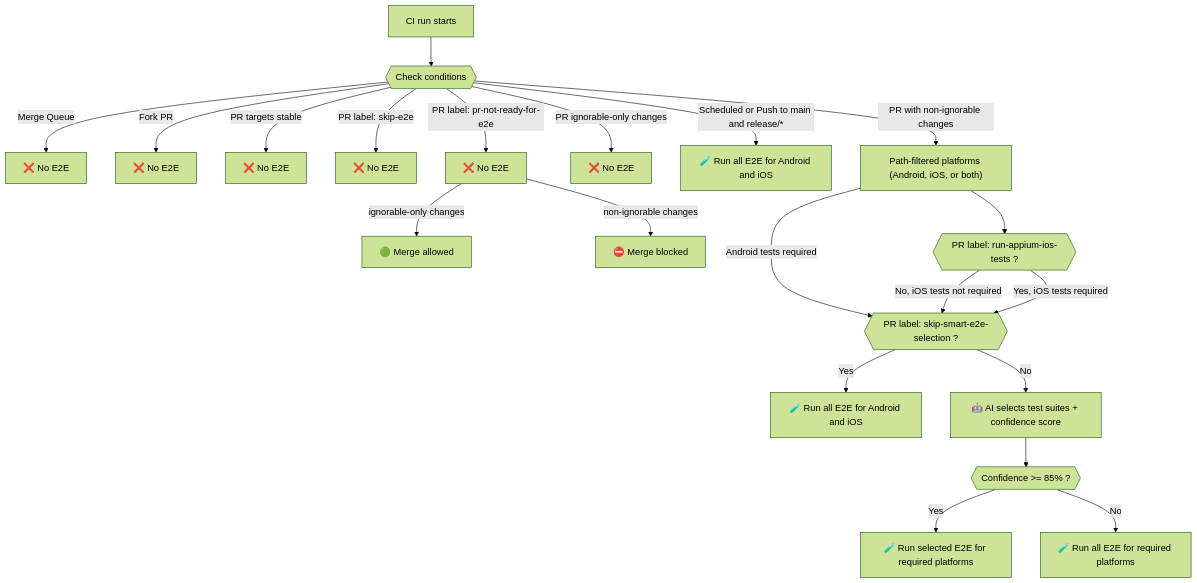
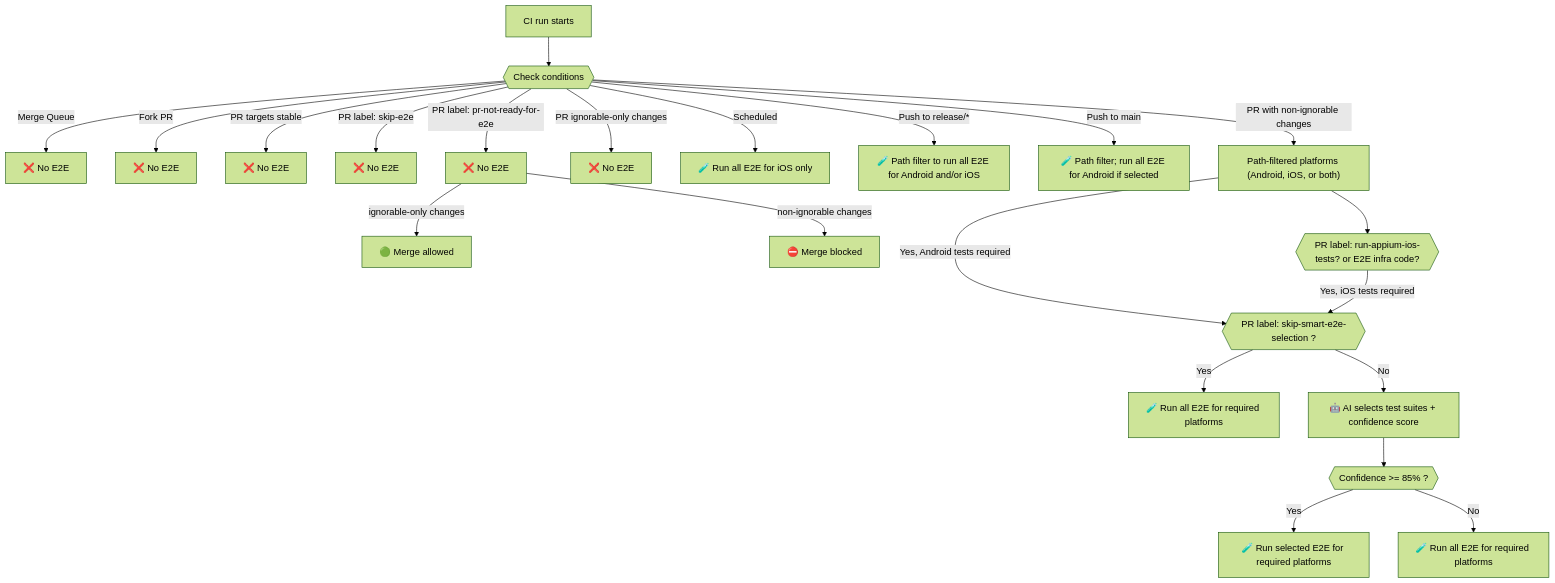
One commit to MetaMask/metamask-mobile changed the diagram in .github/guidelines/E2E_DECISION_TREE.md. Above: the diagram before and after it, drawn with Mermaid (forest theme). The commit also changed other lines of this file and 3 other files, not shown here.

Commit message:
ci: skip-smart-e2e-selection does not trigger iOS automatically

````diff
--- a/.github/guidelines/E2E_DECISION_TREE.md
+++ b/.github/guidelines/E2E_DECISION_TREE.md
@@ -7,26 +7,27 @@
 ```mermaid
 flowchart TD
     CI[CI run starts] --> GR{{Check conditions}}
     GR -->|Merge Queue| MQ[❌ No E2E]
     GR -->|Fork PR| FK[❌ No E2E]
     GR -->|PR targets stable| ST[❌ No E2E]
     GR -->|PR label: skip-e2e| HS[❌ No E2E]
     GR -->|PR label: pr-not-ready-for-e2e| L2[❌ No E2E]
     L2 -->|ignorable-only changes| NoBlock[🟢 Merge allowed]
     L2 -->|non-ignorable changes| Skip2[⛔️ Merge blocked]
     GR -->|PR ignorable-only changes| Ignorable[ ❌ No E2E]
-    GR -->|Scheduled or Push to main and release/*| Full[🧪 Run all E2E for Android and iOS]
+    GR -->|Scheduled| Scheduled[🧪 Run all E2E for iOS only]
+    GR -->|Push to release/*| FullRelease[🧪 Path filter to run all E2E for Android and/or iOS]
+    GR -->|Push to main| AndroidMain[🧪 Path filter; run all E2E for Android if selected]
 
     GR -->|PR with non-ignorable changes| PRToValidate["Path-filtered platforms (Android, iOS, or both)"]
-    PRToValidate -->|Android tests required| Smart{{PR label: skip-smart-e2e-selection ?}}
-    PRToValidate -->iOSRequired{{PR label: run-appium-ios-tests ?}}
-    iOSRequired -->|No, iOS tests not required| Smart{{PR label: skip-smart-e2e-selection ?}}
+    PRToValidate -->|Yes, Android tests required| Smart{{PR label: skip-smart-e2e-selection ?}}
+    PRToValidate -->iOSRequired{{PR label: run-appium-ios-tests? or E2E infra code?}}
     iOSRequired -->|Yes, iOS tests required| Smart{{PR label: skip-smart-e2e-selection ?}}
 
-    Smart -->|Yes| AllTags[🧪 Run all E2E for Android and iOS]
+    Smart -->|Yes| AllTags[🧪 Run all E2E for required platforms]
     Smart -->|No| AI[🤖 AI selects test suites + confidence score]
     AI --> CONF{{Confidence >= 85% ?}}
     CONF -->|Yes| SelectedTags[🧪 Run selected E2E for required platforms]
     CONF -->|No| AllTagsFallback[🧪 Run all E2E for required platforms]
 
 ```
````
